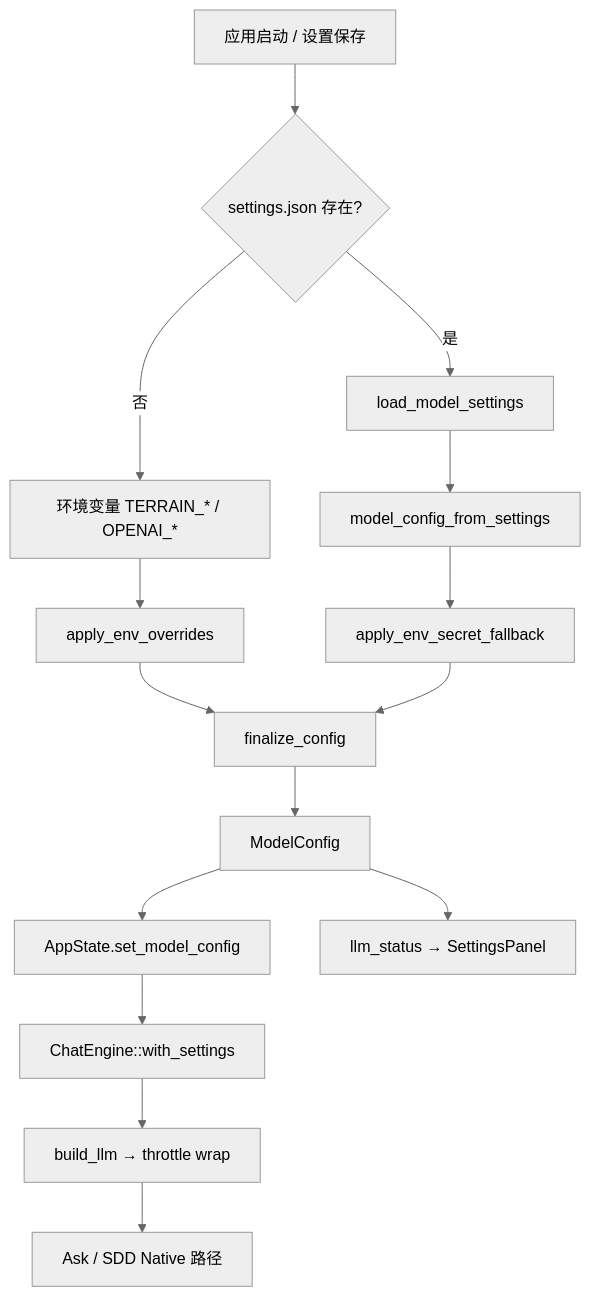
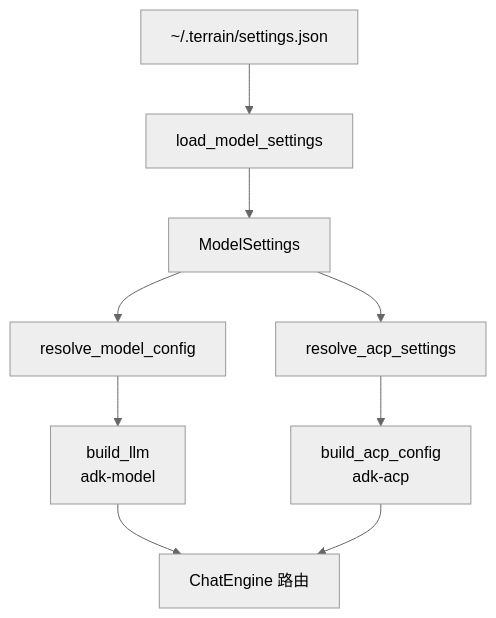
Before and after one commit to sopaco/terrain: the diagram in .terrain/human/4.Deep-Exploration/模型配置.md, drawn with Mermaid (neutral theme). The commit also changed other lines of this file and 79 other files, not shown here.

````diff
--- a/.terrain/human/4.Deep-Exploration/模型配置.md
+++ b/.terrain/human/4.Deep-Exploration/模型配置.md
@@ -51,17 +35,11 @@
 ```mermaid
 flowchart TD
-    A["应用启动 / 设置保存"] --> B{settings.json 存在?}
-    B -->|是| C["load_model_settings"]
-    B -->|否| D["环境变量 TERRAIN_* / OPENAI_*"]
-    C --> E["model_config_from_settings"]
-    D --> F["apply_env_overrides"]
-    E --> G["apply_env_secret_fallback"]
-    F --> H["finalize_config"]
+    A["~/.terrain/settings.json"] --> B["load_model_settings"]
+    B --> C["ModelSettings"]
+    C --> D["resolve_model_config"]
+    C --> E["resolve_acp_settings"]
+    D --> F["build_llm<br/>adk-model"]
+    E --> G["build_acp_config<br/>adk-acp"]
+    F --> H["ChatEngine 路由"]
     G --> H
-    H --> I["ModelConfig"]
-    I --> J["AppState.set_model_config"]
-    J --> K["ChatEngine::with_settings"]
-    K --> L["build_llm → throttle wrap"]
-    L --> M["Ask / SDD Native 路径"]
-    I --> N["llm_status → SettingsPanel"]
 ```
````
